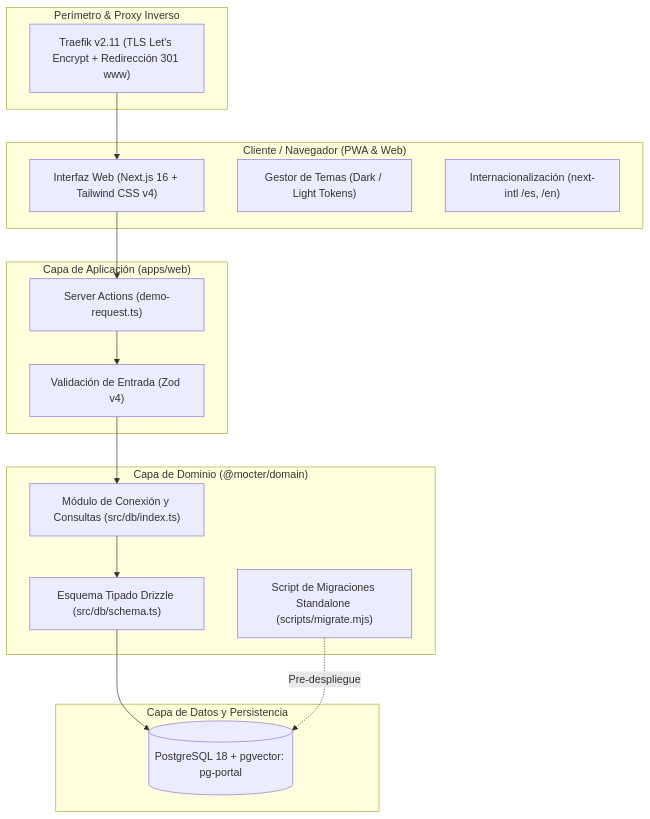
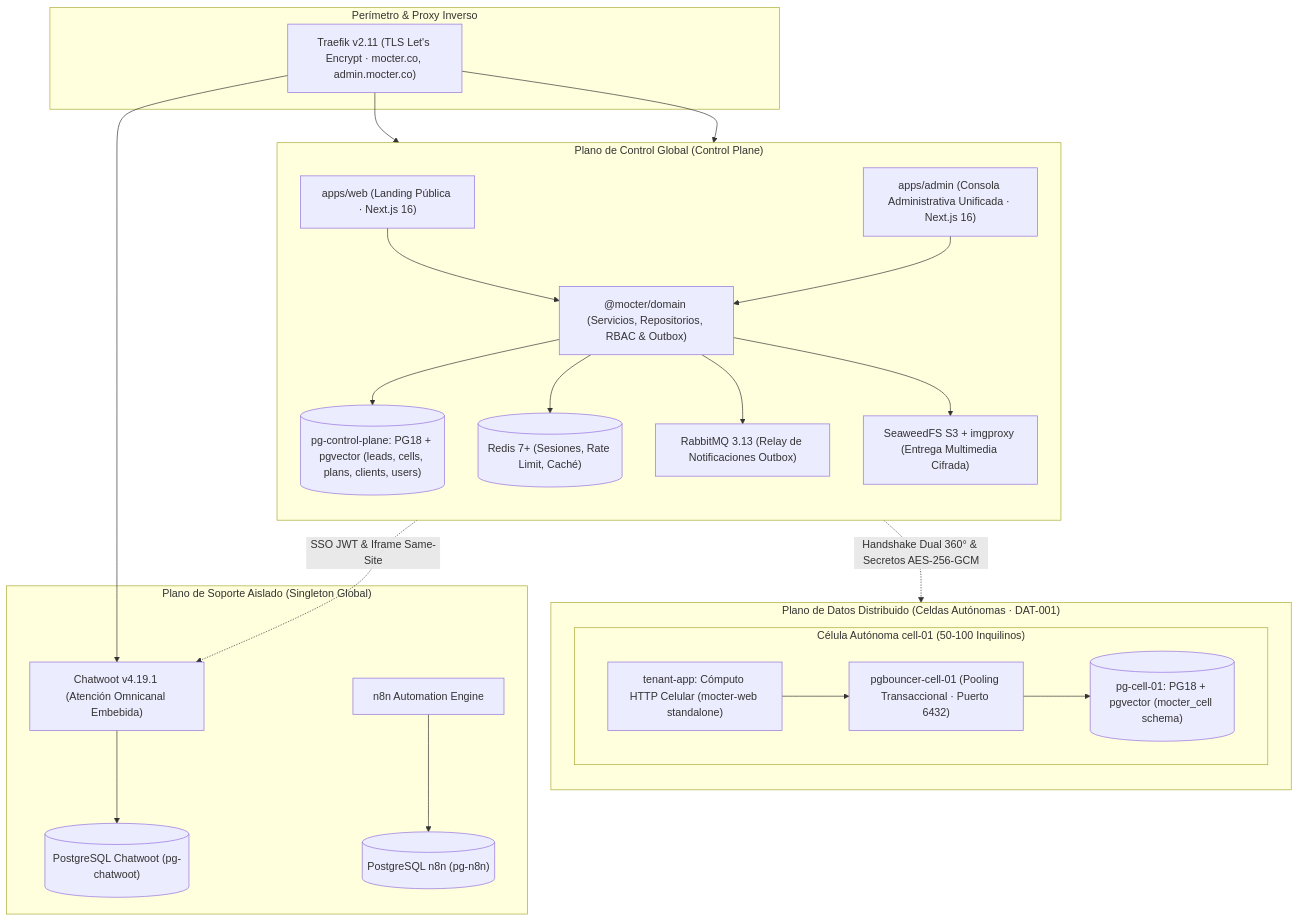
One commit to EnuarRosales/landig-agencia changed the diagram in README.md. Above: the diagram before and after it, drawn with Mermaid. The commit also changed other lines of this file and 5 other files, not shown here.

Commit message:
#1 docs: update architecture docs to v1.5.0 and restore users rbac navigation in admin shell

````diff
--- a/README.md
+++ b/README.md
@@ -57,35 +58,50 @@
 ```mermaid
 flowchart TD
     subgraph Ingress["Perímetro & Proxy Inverso"]
-        Traefik["Traefik v2.11 (TLS Let's Encrypt + Redirección 301 www)"]
+        Traefik["Traefik v2.11 (TLS Let's Encrypt · mocter.co, admin.mocter.co)"]
     end
 
-    subgraph Client["Cliente / Navegador (PWA & Web)"]
-        UI["Interfaz Web (Next.js 16 + Tailwind CSS v4)"]
-        Theme["Gestor de Temas (Dark / Light Tokens)"]
-        i18n["Internacionalización (next-intl /es, /en)"]
+    subgraph SupportPlane["Plano de Soporte Aislado (Singleton Global)"]
+        ChatwootApp["Chatwoot v4.19.1 (Atención Omnicanal Embebida)"]
+        PGChatwoot[("PostgreSQL Chatwoot (pg-chatwoot)")]
+        N8nApp["n8n Automation Engine"]
+        PGN8n[("PostgreSQL n8n (pg-n8n)")]
+        ChatwootApp --> PGChatwoot
+        N8nApp --> PGN8n
     end
 
-    subgraph AppLayer["Capa de Aplicación (apps/web)"]
-        ServerAction["Server Actions (demo-request.ts)"]
-        ValidationZod["Validación de Entrada (Zod v4)"]
+    subgraph ControlPlane["Plano de Control Global (Control Plane)"]
+        direction TB
+        WebPortal["apps/web (Landing Pública · Next.js 16)"]
+        AdminPortal["apps/admin (Consola Administrativa Unificada · Next.js 16)"]
+        DomainCore["@mocter/domain (Servicios, Repositorios, RBAC & Outbox)"]
+        PGControl[("pg-control-plane: PG18 + pgvector (leads, cells, plans, clients, users)")]
+        RedisControl[("Redis 7+ (Sesiones, Rate Limit, Caché)")]
+        RabbitMQ["RabbitMQ 3.13 (Relay de Notificaciones Outbox)"]
+        MediaS3["SeaweedFS S3 + imgproxy (Entrega Multimedia Cifrada)"]
+
+        WebPortal --> DomainCore
+        AdminPortal --> DomainCore
+        DomainCore --> PGControl
+        DomainCore --> RedisControl
+        DomainCore --> RabbitMQ
+        DomainCore --> MediaS3
     end
 
-    subgraph DomainLayer["Capa de Dominio (@mocter/domain)"]
-        DBModule["Módulo de Conexión y Consultas (src/db/index.ts)"]
-        Schema["Esquema Tipado Drizzle (src/db/schema.ts)"]
-        Migrator["Script de Migraciones Standalone (scripts/migrate.mjs)"]
+    subgraph DataPlane["Plano de Datos Distribuido (Celdas Autónomas · DAT-001)"]
+        direction TB
+        subgraph Cell01["Célula Autónoma cell-01 (50-100 Inquilinos)"]
+            TenantApp["tenant-app: Cómputo HTTP Celular (mocter-web standalone)"]
+            PgBouncer["pgbouncer-cell-01 (Pooling Transaccional · Puerto 6432)"]
+            PGCell[("pg-cell-01: PG18 + pgvector (mocter_cell schema)")]
+            TenantApp --> PgBouncer
+            PgBouncer --> PGCell
+        end
     end
 
-    subgraph DataLayer["Capa de Datos y Persistencia"]
-        Postgres[(PostgreSQL 18 + pgvector: pg-portal)]
-    end
-
-    Traefik --> UI
-    UI --> ServerAction
-    ServerAction --> ValidationZod
-    ValidationZod --> DBModule
-    DBModule --> Schema
-    Schema --> Postgres
-    Migrator -.->|Pre-despliegue| Postgres
+    Traefik --> WebPortal
+    Traefik --> AdminPortal
+    Traefik --> ChatwootApp
+    AdminPortal -.->|Handshake Dual 360° & Secretos AES-256-GCM| Cell01
+    AdminPortal -.->|SSO JWT & Iframe Same-Site| ChatwootApp
 ```
````
